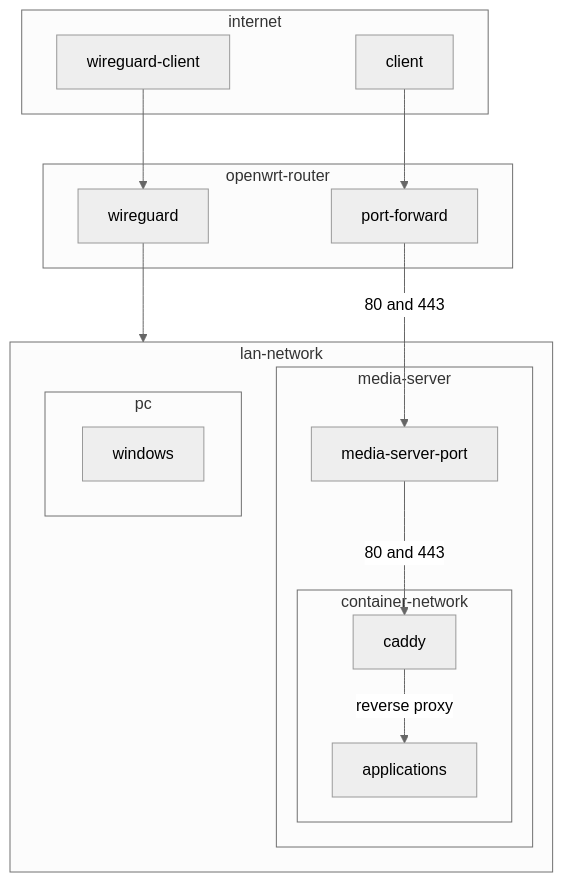
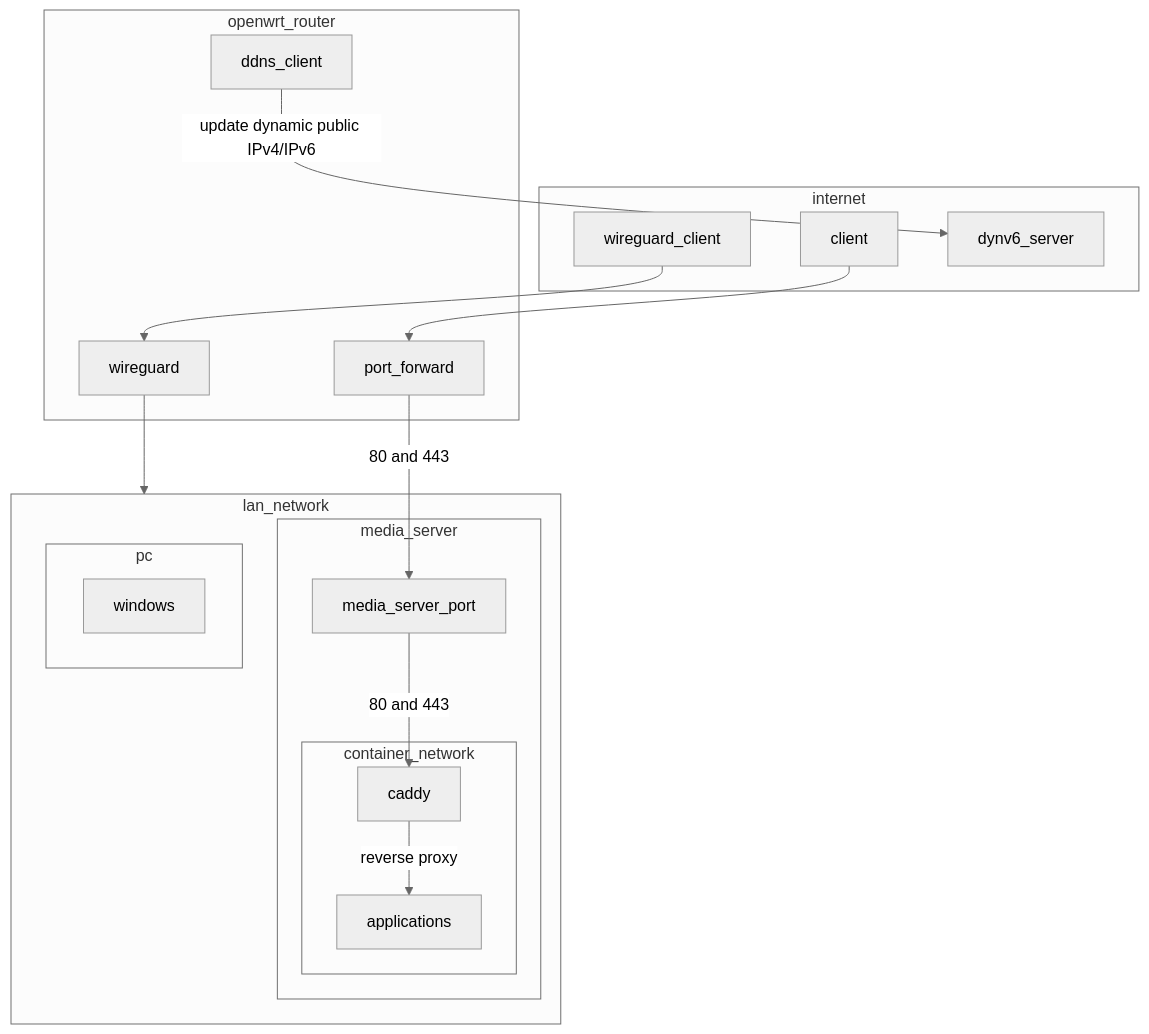
One commit to zephyros-dev/media-server changed the first of 2 diagrams in README.md. Above: the diagram before and after it, drawn with Mermaid (neutral theme). The commit also changed other lines of this file, not shown here.

````diff
--- a/README.md
+++ b/README.md
@@ -5,24 +5,28 @@
 ```mermaid
-flowchart
-  subgraph lan-network
-    subgraph media-server
-      subgraph container-network
+flowchart TB
+  subgraph internet
+    client
+    wireguard_client
+    dynv6_server
+  end
+  subgraph lan_network
+    subgraph media_server
+      subgraph container_network
         caddy -- reverse proxy --> applications
       end
-      media-server-port -- 80 and 443 --> caddy
+      media_server_port -- 80 and 443 --> caddy
     end
     subgraph pc
       windows
     end
   end
-  subgraph internet
-    client
-    wireguard-client
+  subgraph openwrt_router
+    client --> port_forward
+    wireguard_client --> wireguard
+    port_forward -- 80 and 443 --> media_server_port
   end
-  subgraph openwrt-router
-    client --> port-forward
-    wireguard-client --> wireguard
+  subgraph openwrt_router
+    ddns_client-- update dynamic public IPv4/IPv6 --> dynv6_server
   end
-  port-forward -- 80 and 443 --> media-server-port
-  wireguard --> lan-network
+  wireguard --> lan_network
 ```
````
